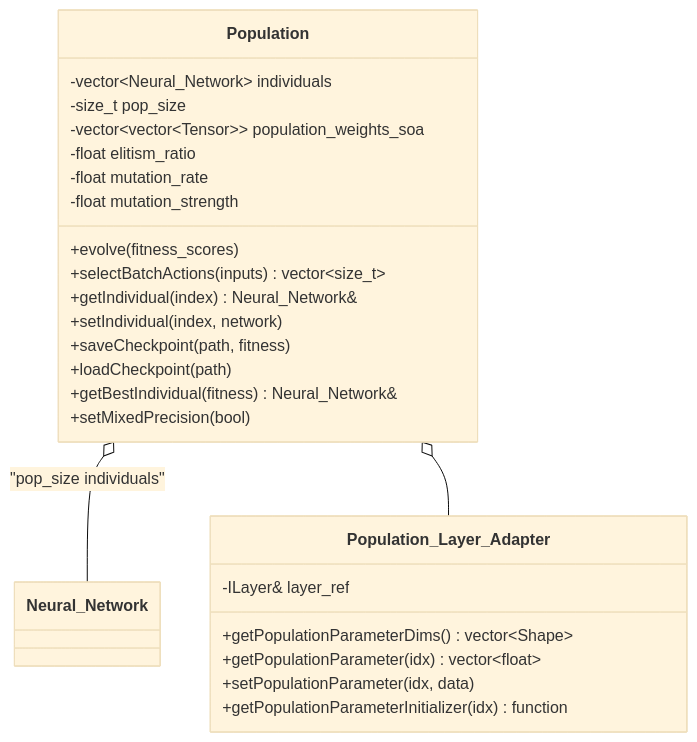
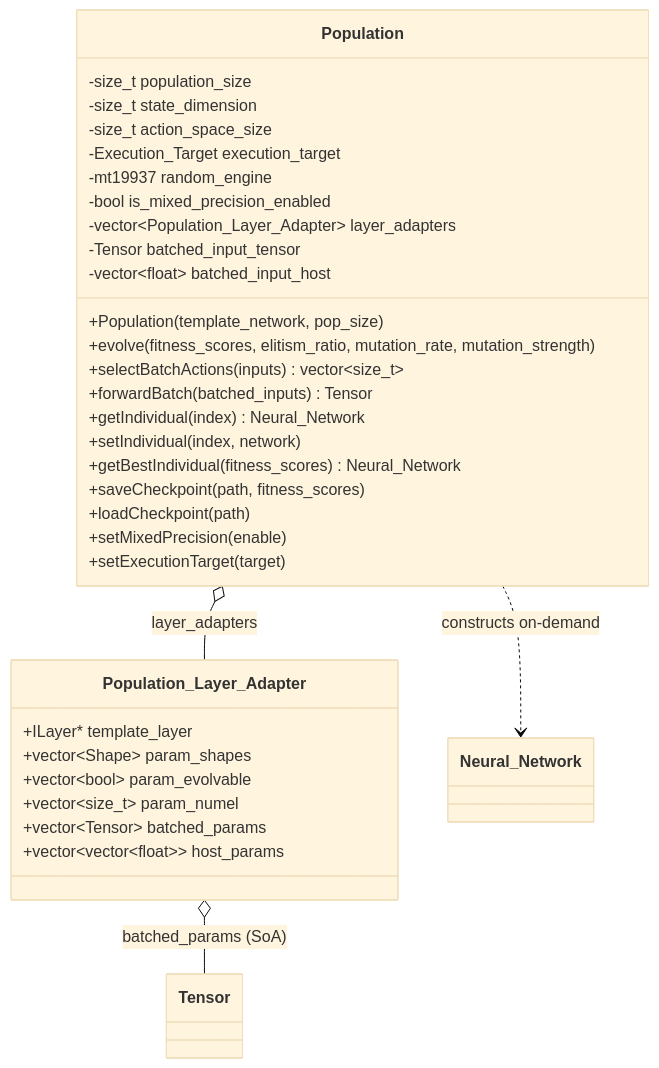
The eighth of 11 diagrams in architechture.md (HungVQ1991/VulkanML), drawn with Mermaid (base theme) before and after one commit. The commit also changed other lines of this file, not shown here.

Commit message:
fix architecture

````diff
--- a/architechture.md
+++ b/architechture.md
@@ -722,30 +811,38 @@
 ```mermaid
 classDiagram
     class Population {
-        -vector~Neural_Network~ individuals
-        -size_t pop_size
-        -vector~vector~Tensor~~ population_weights_soa
-        -float elitism_ratio
-        -float mutation_rate
-        -float mutation_strength
-        +evolve(fitness_scores)
+        -size_t population_size
+        -size_t state_dimension
+        -size_t action_space_size
+        -Execution_Target execution_target
+        -mt19937 random_engine
+        -bool is_mixed_precision_enabled
+        -vector~Population_Layer_Adapter~ layer_adapters
+        -Tensor batched_input_tensor
+        -vector~float~ batched_input_host
+        +Population(template_network, pop_size)
+        +evolve(fitness_scores, elitism_ratio, mutation_rate, mutation_strength)
         +selectBatchActions(inputs) vector~size_t~
-        +getIndividual(index) Neural_Network&
+        +forwardBatch(batched_inputs) Tensor
+        +getIndividual(index) Neural_Network
         +setIndividual(index, network)
-        +saveCheckpoint(path, fitness)
+        +getBestIndividual(fitness_scores) Neural_Network
+        +saveCheckpoint(path, fitness_scores)
         +loadCheckpoint(path)
-        +getBestIndividual(fitness) Neural_Network&
-        +setMixedPrecision(bool)
+        +setMixedPrecision(enable)
+        +setExecutionTarget(target)
     }
 
     class Population_Layer_Adapter {
-        -ILayer& layer_ref
-        +getPopulationParameterDims() vector~Shape~
-        +getPopulationParameter(idx) vector~float~
-        +setPopulationParameter(idx, data)
-        +getPopulationParameterInitializer(idx) function
+        +ILayer* template_layer
+        +vector~Shape~ param_shapes
+        +vector~bool~ param_evolvable
+        +vector~size_t~ param_numel
+        +vector~Tensor~ batched_params
+        +vector~vector~float~~ host_params
     }
 
-    Population o-- Neural_Network : "pop_size individuals"
-    Population o-- Population_Layer_Adapter
+    Population o-- Population_Layer_Adapter : layer_adapters
+    Population ..> Neural_Network : constructs on-demand
+    Population_Layer_Adapter o-- Tensor : batched_params (SoA)
 ```
````
